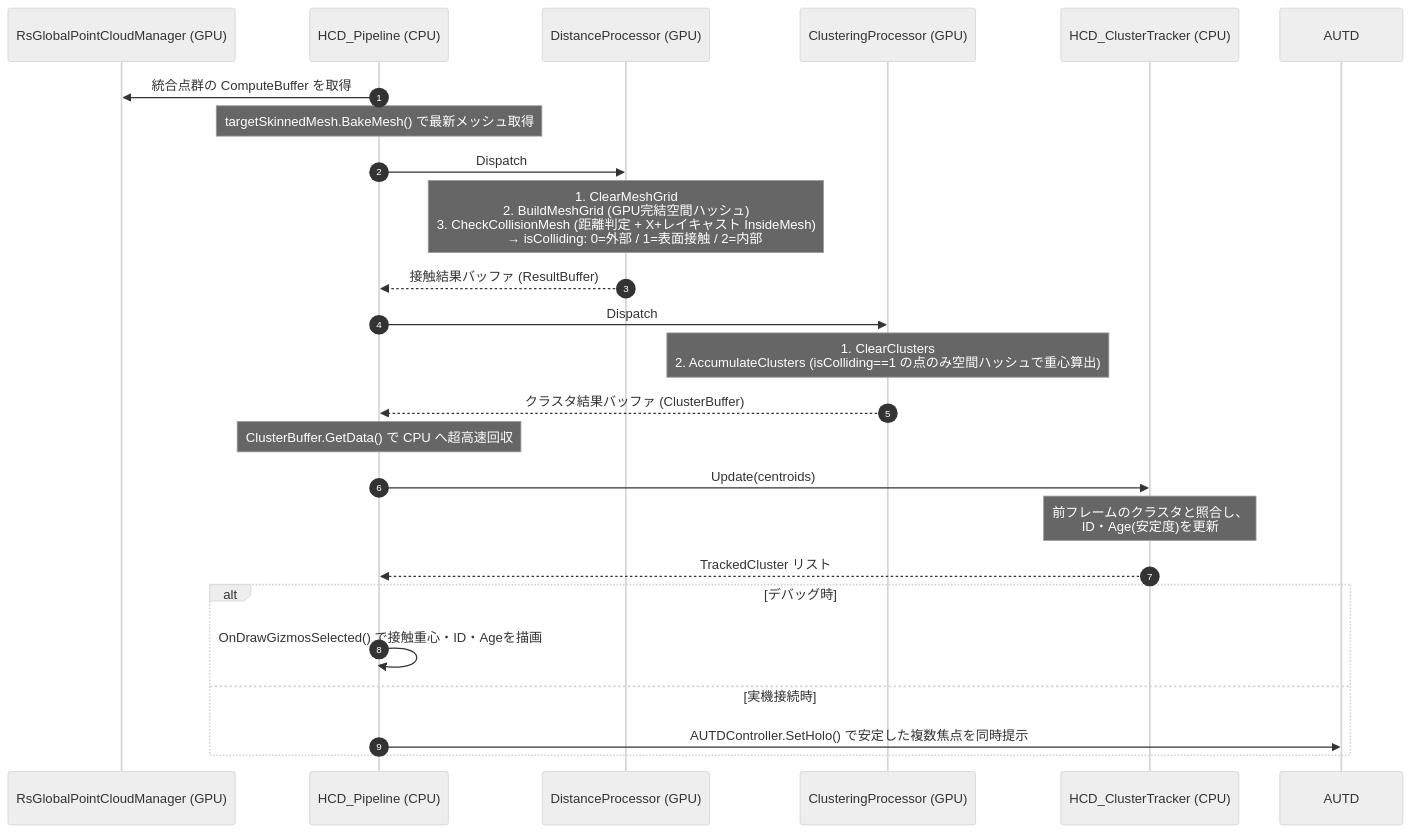
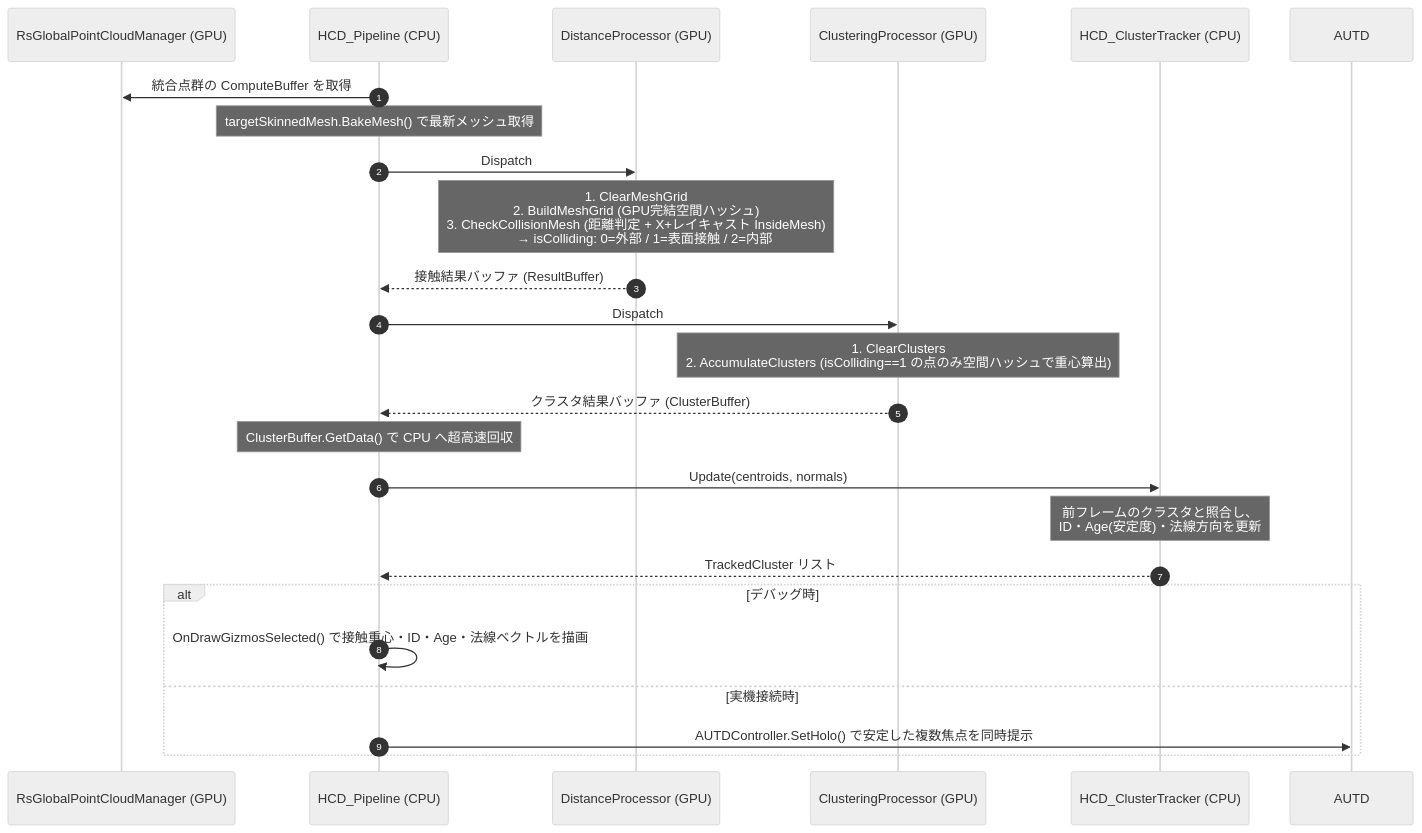
One commit to kotetsuOU/HandTrakingDemo changed the diagram in Docs/Collision.md. Above: the diagram before and after it, drawn with Mermaid (neutral theme). The commit also changed other lines of this file and 8 other files, not shown here.

````diff
--- a/Docs/Collision.md
+++ b/Docs/Collision.md
@@ -161,31 +173,31 @@
 ```mermaid
 sequenceDiagram
     autonumber
     participant Global as RsGlobalPointCloudManager (GPU)
     participant Pipeline as HCD_Pipeline (CPU)
     participant Dist as DistanceProcessor (GPU)
     participant Clust as ClusteringProcessor (GPU)
     participant Tracker as HCD_ClusterTracker (CPU)
 
     Pipeline->>Global: 統合点群の ComputeBuffer を取得
     Note over Pipeline: targetSkinnedMesh.BakeMesh() で最新メッシュ取得
     
     Pipeline->>Dist: Dispatch
     Note over Dist: 1. ClearMeshGrid<br/>2. BuildMeshGrid (GPU完結空間ハッシュ)<br/>3. CheckCollisionMesh (距離判定 + X+レイキャスト InsideMesh)<br/>　 → isColliding: 0=外部 / 1=表面接触 / 2=内部
     Dist-->>Pipeline: 接触結果バッファ (ResultBuffer)
     
     Pipeline->>Clust: Dispatch
     Note over Clust: 1. ClearClusters<br/>2. AccumulateClusters (isColliding==1 の点のみ空間ハッシュで重心算出)
     Clust-->>Pipeline: クラスタ結果バッファ (ClusterBuffer)
     
     Note over Pipeline: ClusterBuffer.GetData() で CPU へ超高速回収
-    Pipeline->>Tracker: Update(centroids)
-    Note over Tracker: 前フレームのクラスタと照合し、<br/>ID・Age(安定度)を更新
+    Pipeline->>Tracker: Update(centroids, normals)
+    Note over Tracker: 前フレームのクラスタと照合し、<br/>ID・Age(安定度)・法線方向を更新
     Tracker-->>Pipeline: TrackedCluster リスト
 
     alt デバッグ時
-        Pipeline->>Pipeline: OnDrawGizmosSelected() で接触重心・ID・Ageを描画
+        Pipeline->>Pipeline: OnDrawGizmosSelected() で接触重心・ID・Age・法線ベクトルを描画
     else 実機接続時
         Pipeline->>AUTD: AUTDController.SetHolo() で安定した複数焦点を同時提示
     end
 ```
````
